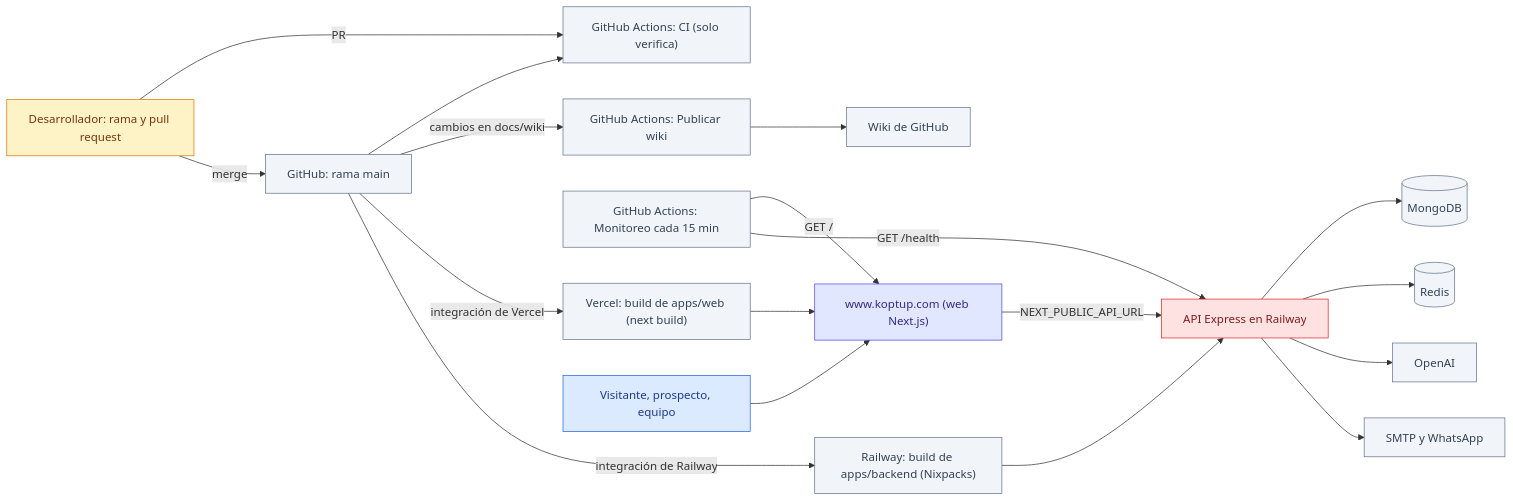
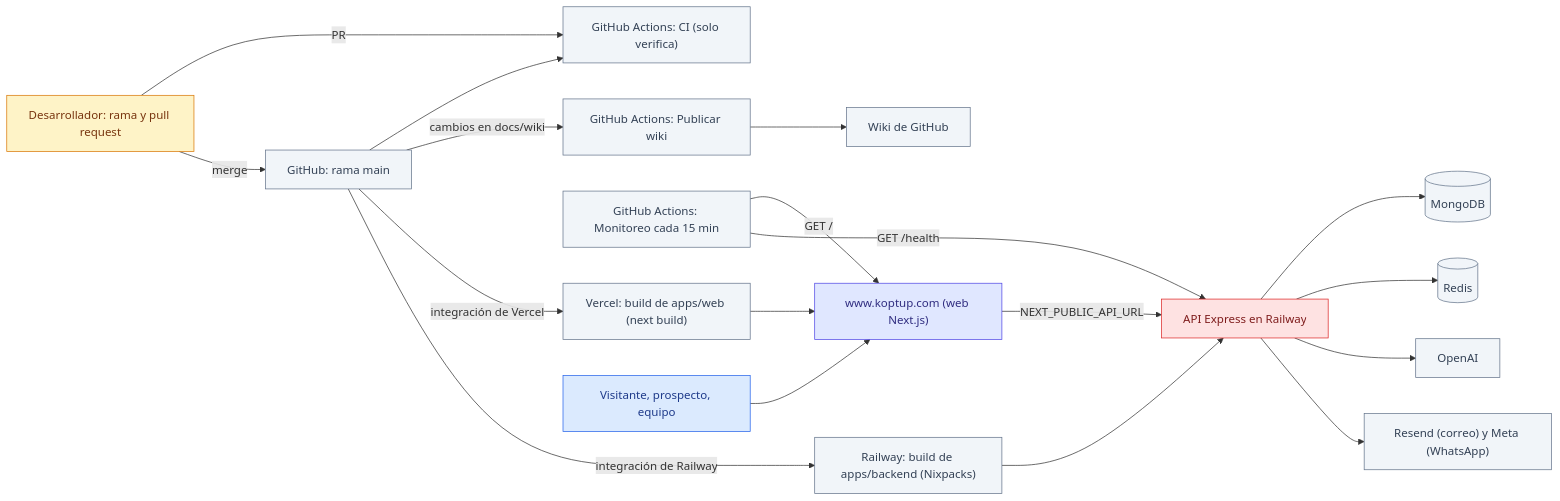
The first of 11 diagrams in docs/wiki/Doc-11-Operacion-y-Despliegue.md (ronalc90/koptup), drawn with Mermaid before and after one commit. The commit also changed other lines of this file and 45 other files, not shown here.

First line of the commit message:
docs(avisos): configuración de Resend y de la plantilla de WhatsApp, operación y wiki

````diff
--- a/docs/wiki/Doc-11-Operacion-y-Despliegue.md
+++ b/docs/wiki/Doc-11-Operacion-y-Despliegue.md
@@ -27,39 +27,39 @@
 ```mermaid
 flowchart LR
     classDef visitante fill:#dbeafe,stroke:#2563eb,color:#1e3a8a
     classDef sistema fill:#e0e7ff,stroke:#4f46e5,color:#312e81
     classDef admin fill:#fef3c7,stroke:#d97706,color:#78350f
     classDef externo fill:#f1f5f9,stroke:#64748b,color:#334155
     classDef error fill:#fee2e2,stroke:#dc2626,color:#7f1d1d
 
     DEV["Desarrollador: rama y pull request"]:::admin
     MAIN["GitHub: rama main"]:::externo
     CI["GitHub Actions: CI (solo verifica)"]:::externo
     WIKI["GitHub Actions: Publicar wiki"]:::externo
     MON["GitHub Actions: Monitoreo cada 15 min"]:::externo
     GW["Wiki de GitHub"]:::externo
     VB["Vercel: build de apps/web (next build)"]:::externo
     RB["Railway: build de apps/backend (Nixpacks)"]:::externo
     WEB["www.koptup.com (web Next.js)"]:::sistema
     API["API Express en Railway"]:::error
     DB[("MongoDB")]:::externo
     RD[("Redis")]:::externo
     OA["OpenAI"]:::externo
-    MAIL["SMTP y WhatsApp"]:::externo
+    MAIL["Resend (correo) y Meta (WhatsApp)"]:::externo
     VIS["Visitante, prospecto, equipo"]:::visitante
 
     DEV -->|"PR"| CI
     DEV -->|"merge"| MAIN
     MAIN --> CI
     MAIN -->|"cambios en docs/wiki"| WIKI --> GW
     MAIN -->|"integración de Vercel"| VB --> WEB
     MAIN -->|"integración de Railway"| RB --> API
     VIS --> WEB
     MON -->|"GET /"| WEB
     MON -->|"GET /health"| API
     WEB -->|"NEXT_PUBLIC_API_URL"| API
     API --> DB
     API --> RD
     API --> OA
     API --> MAIL
 ```
````
